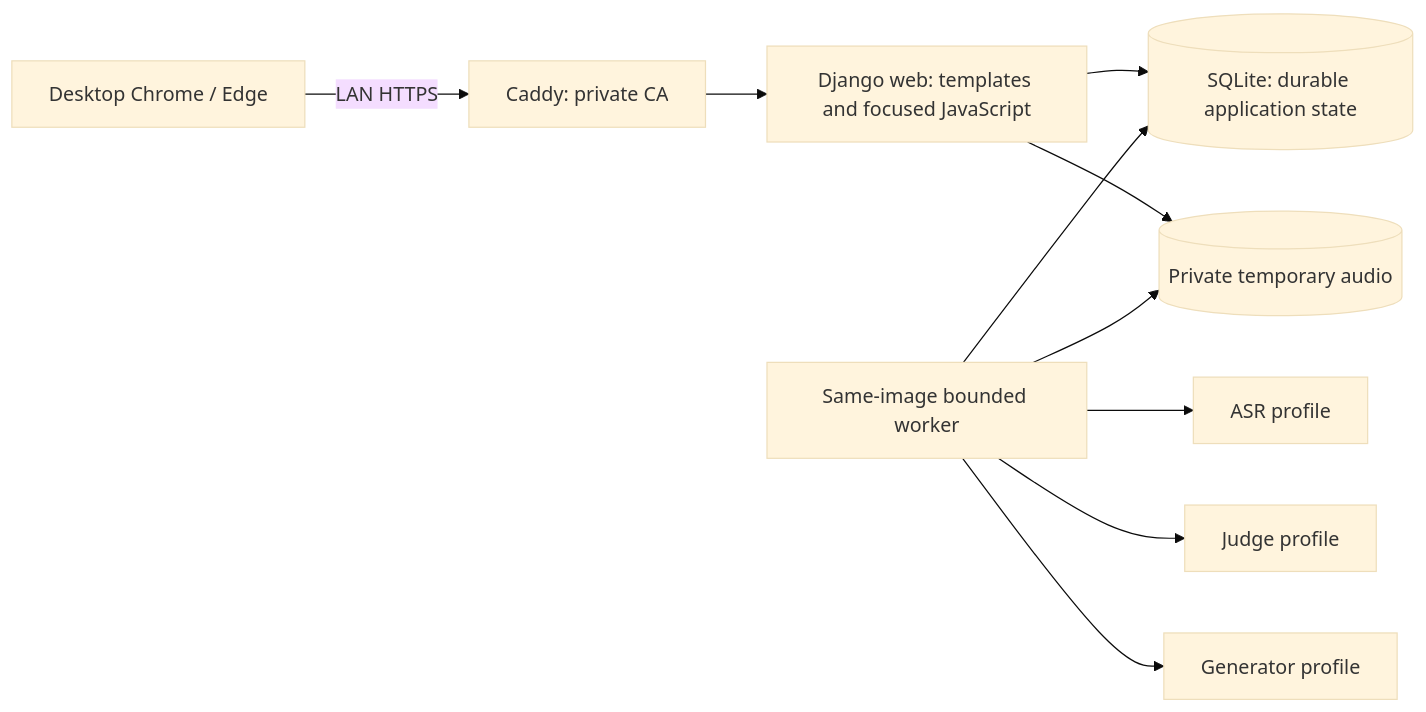
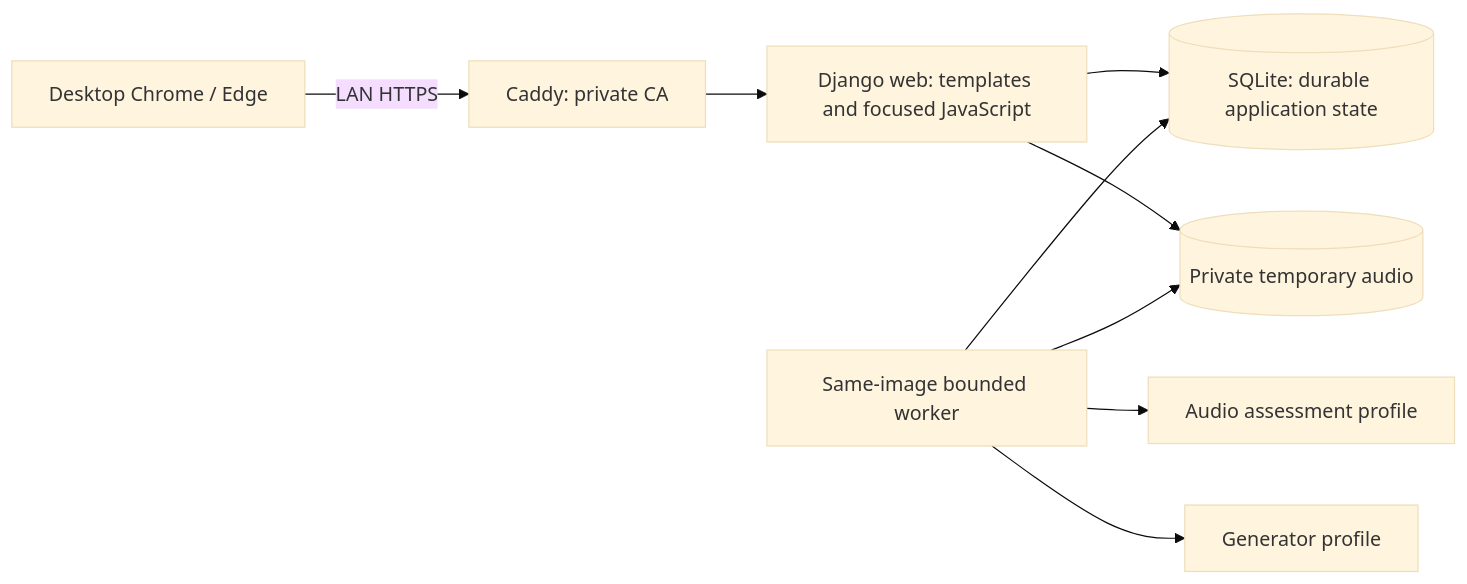
The diagram in docs/specs/v1.md (brianlan/Vocab-Learn), drawn with Mermaid (base theme) before and after one commit. The commit also changed other lines of this file and 26 other files, not shown here.

First line of the commit message:
Replace ASR and text judging with single-call audio assessment (#13)

````diff
--- a/docs/specs/v1.md
+++ b/docs/specs/v1.md
@@ -438,12 +434,11 @@
 ```mermaid
 flowchart LR
     browser["Desktop Chrome / Edge"] -->|"LAN HTTPS"| caddy["Caddy: private CA"]
     caddy --> web["Django web: templates and focused JavaScript"]
     web --> database[("SQLite: durable application state")]
     web --> audio[("Private temporary audio")]
     worker["Same-image bounded worker"] --> database
     worker --> audio
-    worker --> asr["ASR profile"]
-    worker --> judge["Judge profile"]
+    worker --> assessment["Audio assessment profile"]
     worker --> generator["Generator profile"]
 ```
````
